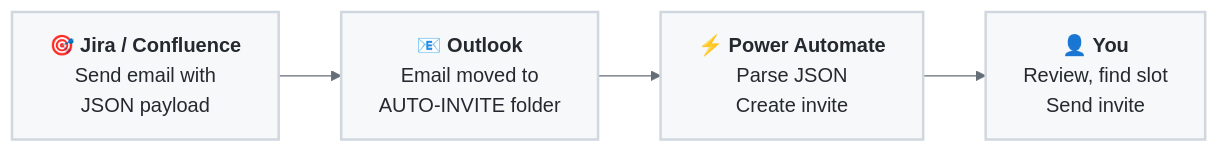
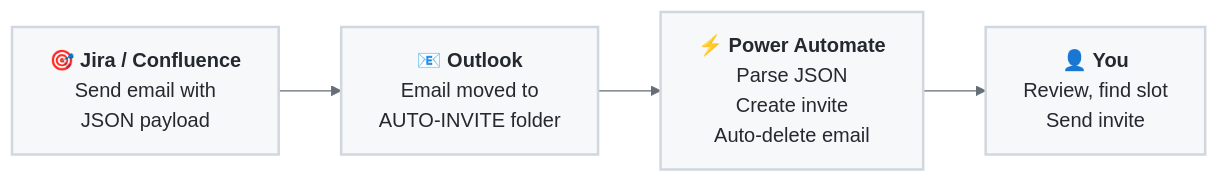
Before and after one commit to johantre/ms-outlook-invite: the diagram in README.md, drawn with Mermaid. The commit also changed other lines of this file, not shown here.

````diff
--- a/README.md
+++ b/README.md
@@ -15,15 +15,15 @@
 ```mermaid
 %%{init: {'theme':'base', 'themeVariables': { 'primaryColor':'#f6f8fa','primaryTextColor':'#24292f','primaryBorderColor':'#d0d7de','lineColor':'#656d76','secondaryColor':'#f6f8fa','tertiaryColor':'#f6f8fa'}}}%%
 graph LR
     JIRA["🎯 <b>Jira / Confluence</b><br/>Send email with<br/>JSON payload"]
     OUTLOOK["📧 <b>Outlook</b><br/>Email moved to<br/>AUTO-INVITE folder"]
-    PA["⚡ <b>Power Automate</b><br/>Parse JSON<br/>Create invite"]
+    PA["⚡ <b>Power Automate</b><br/>Parse JSON<br/>Create invite<br/>Auto-delete email"]
     MANUAL["👤 <b>You</b><br/>Review, find slot<br/>Send invite"]
 
     JIRA --> OUTLOOK --> PA --> MANUAL
 
     style JIRA fill:#f6f8fa,stroke:#d0d7de,stroke-width:2px,color:#24292f
     style OUTLOOK fill:#f6f8fa,stroke:#d0d7de,stroke-width:2px,color:#24292f
     style PA fill:#f6f8fa,stroke:#d0d7de,stroke-width:2px,color:#24292f
     style MANUAL fill:#f6f8fa,stroke:#d0d7de,stroke-width:2px,color:#24292f
 ```
````
